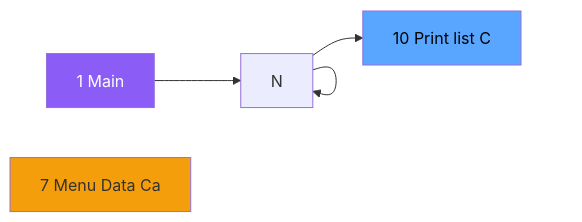
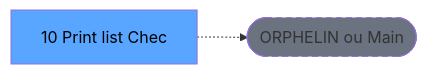
The second of 3 diagrams in .openspec/renders/ADH-IDE-10.md (thonyAGP/lecteur-magic), drawn with Mermaid before and after one commit. The commit also changed other lines of this file and 701 other files, not shown here.

````diff
--- a/.openspec/renders/ADH-IDE-10.md
+++ b/.openspec/renders/ADH-IDE-10.md
@@ -106,13 +117,8 @@
 ```mermaid
 graph LR
-    M[1 Main]
-    N7[7 Menu Data Ca]
-    T[10 Print list C]
-    M --> N
-    N --> N
-    N --> N
-    N --> T
-    style M fill:#8b5cf6,color:#fff
-    style N7 fill:#f59e0b
+    T[10 Print list Chec]
+    ORPHAN([ORPHELIN ou Main])
+    T -.-> ORPHAN
     style T fill:#58a6ff,color:#000
+    style ORPHAN fill:#6b7280,stroke-dasharray: 5 5
 ```
````
